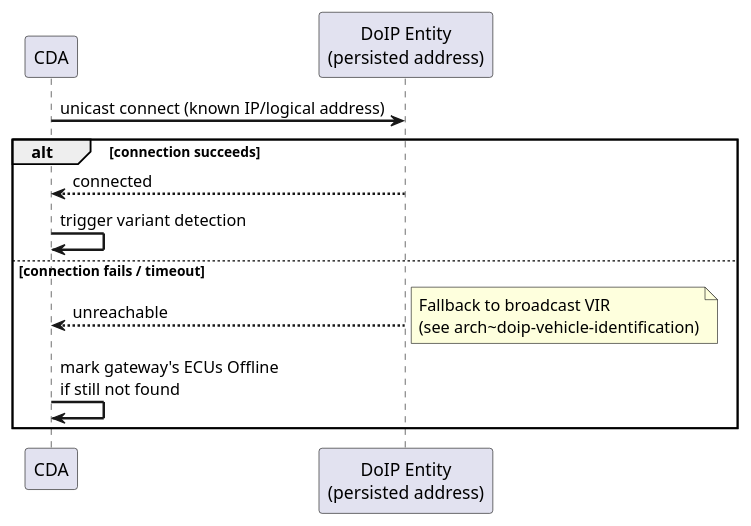
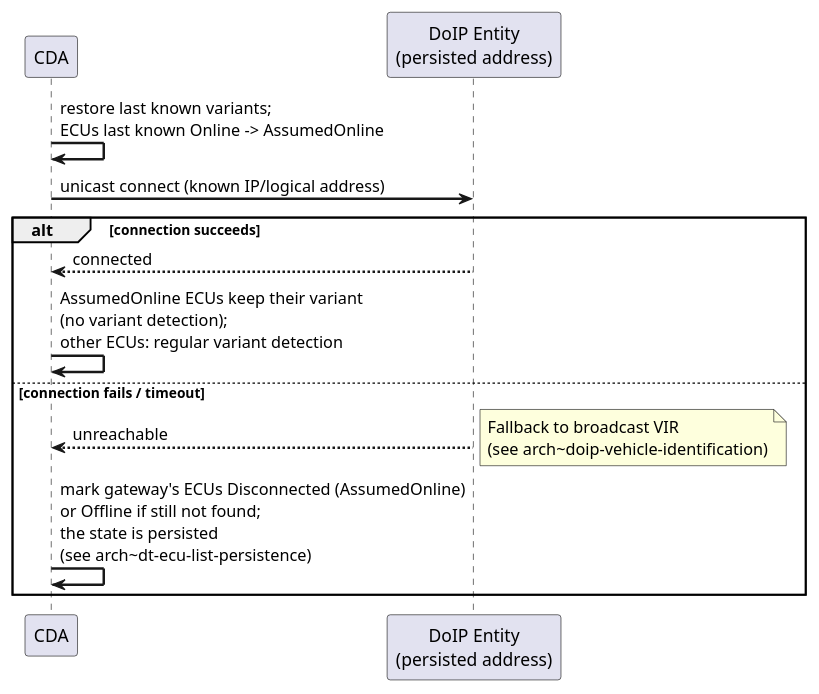
One commit to eclipse-opensovd/classic-diagnostic-adapter changed the fourth of 8 diagrams in docs/03_architecture/04_diagnostic_tester.rst. Above: the diagram before and after it, drawn with PlantUML. The commit also changed other lines of this file and 6 other files, not shown here.

First line of the commit message:
docs: describe ECU topology persistence and networkreset

```diff
--- a/docs/03_architecture/04_diagnostic_tester.rst
+++ b/docs/03_architecture/04_diagnostic_tester.rst
@@ -458,20 +525,21 @@
     .. uml::
         :caption: WhenNotPersisted -- Reconnect to a Persisted Gateway
 
         @startuml
         skinparam backgroundColor #FFFFFF
         skinparam sequenceArrowThickness 2
 
         participant "CDA" as Startup
         participant "DoIP Entity\n(persisted address)" as GW
 
+        Startup -> Startup: restore last known variants;\nECUs last known Online -> AssumedOnline
         Startup -> GW: unicast connect (known IP/logical address)
         alt connection succeeds
             GW --> Startup: connected
-            Startup -> Startup: trigger variant detection
+            Startup -> Startup: AssumedOnline ECUs keep their variant\n(no variant detection);\nother ECUs: regular variant detection
         else connection fails / timeout
             GW --> Startup: unreachable
             note right: Fallback to broadcast VIR\n(see arch~doip-vehicle-identification)
-            Startup -> Startup: mark gateway's ECUs Offline\nif still not found
+            Startup -> Startup: mark gateway's ECUs Disconnected (AssumedOnline)\nor Offline if still not found;\nthe state is persisted\n(see arch~dt-ecu-list-persistence)
         end
         @enduml
```
